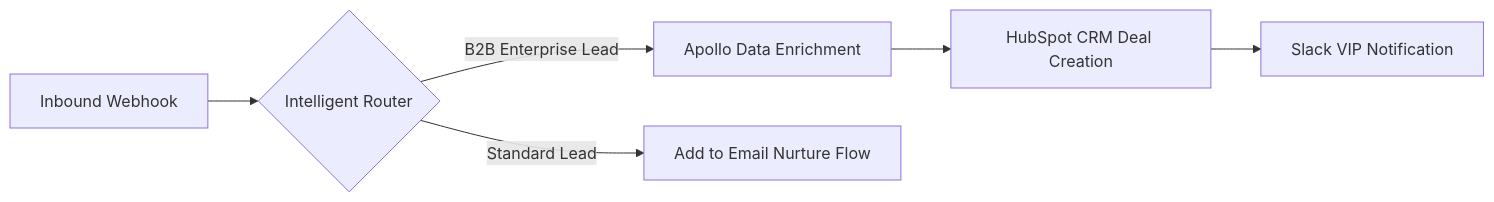
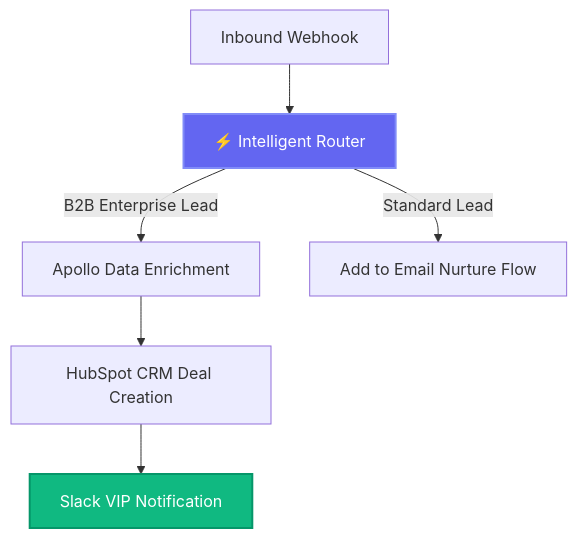
One commit to heliatech-media/saas-radar changed the diagram in site/src/content/blog/make-automation-revolution.md. Above: the diagram before and after it, drawn with Mermaid. The commit also changed 26 other files, not shown here.

````diff
--- a/site/src/content/blog/make-automation-revolution.md
+++ b/site/src/content/blog/make-automation-revolution.md
@@ -54,8 +54,10 @@
 ```mermaid
-flowchart LR
-    A[Inbound Webhook] --> B{Intelligent Router}
-    B -->|B2B Enterprise Lead| C[Apollo Data Enrichment]
-    C --> D[HubSpot CRM Deal Creation]
-    D --> E[Slack VIP Notification]
-    B -->|Standard Lead| F[Add to Email Nurture Flow]
+flowchart TD
+    A["Inbound Webhook"] --> B["⚡ Intelligent Router"]
+    B -->|B2B Enterprise Lead| C["Apollo Data Enrichment"]
+    C --> D["HubSpot CRM Deal Creation"]
+    D --> E["Slack VIP Notification"]
+    B -->|Standard Lead| F["Add to Email Nurture Flow"]
+    style B fill:#6366f1,stroke:#818cf8,stroke-width:2px,color:#ffffff
+    style E fill:#10b981,stroke:#059669,stroke-width:2px,color:#ffffff
 ```
````
